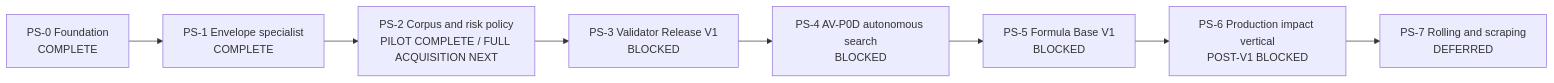
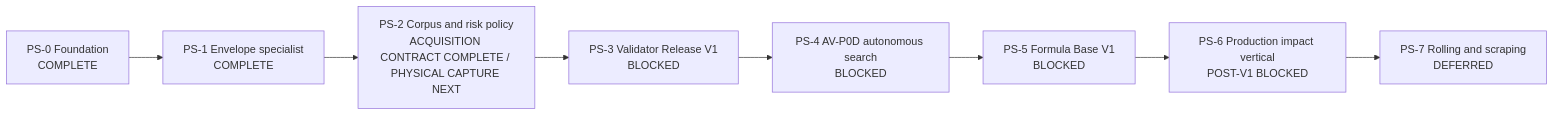
One commit to kaifaty/NextEngine changed the diagram in docs/plans/physical-sound-synthesis-roadmap.md. Above: the diagram before and after it, drawn with Mermaid. The commit also changed other lines of this file and 6 other files, not shown here.

Commit message:
feat(audio): require complete PS-2 acquisition bundles

````diff
--- a/docs/plans/physical-sound-synthesis-roadmap.md
+++ b/docs/plans/physical-sound-synthesis-roadmap.md
@@ -91,10 +91,10 @@
 ```mermaid
 flowchart LR
     PS0["PS-0 Foundation<br/>COMPLETE"] --> PS1["PS-1 Envelope specialist<br/>COMPLETE"]
-    PS1 --> PS2["PS-2 Corpus and risk policy<br/>PILOT COMPLETE / FULL ACQUISITION NEXT"]
+    PS1 --> PS2["PS-2 Corpus and risk policy<br/>ACQUISITION CONTRACT COMPLETE / PHYSICAL CAPTURE NEXT"]
     PS2 --> PS3["PS-3 Validator Release V1<br/>BLOCKED"]
     PS3 --> PS4["PS-4 AV-P0D autonomous search<br/>BLOCKED"]
     PS4 --> PS5["PS-5 Formula Base V1<br/>BLOCKED"]
     PS5 --> PS6["PS-6 Production impact vertical<br/>POST-V1 BLOCKED"]
     PS6 --> PS7["PS-7 Rolling and scraping<br/>DEFERRED"]
 ```
````
